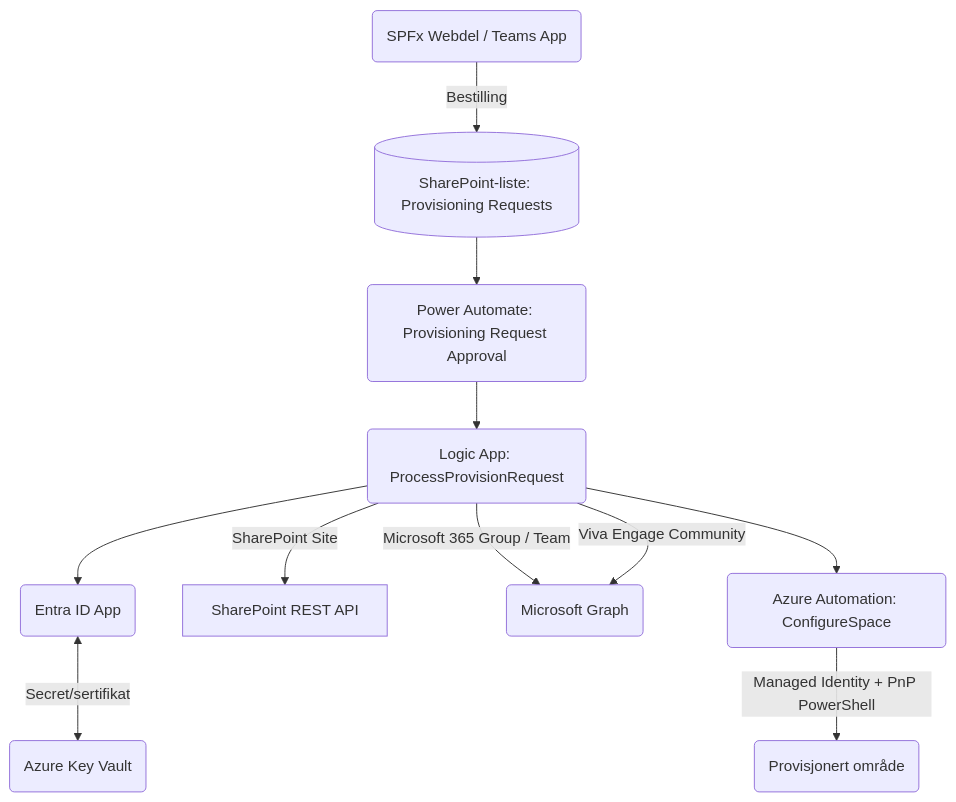
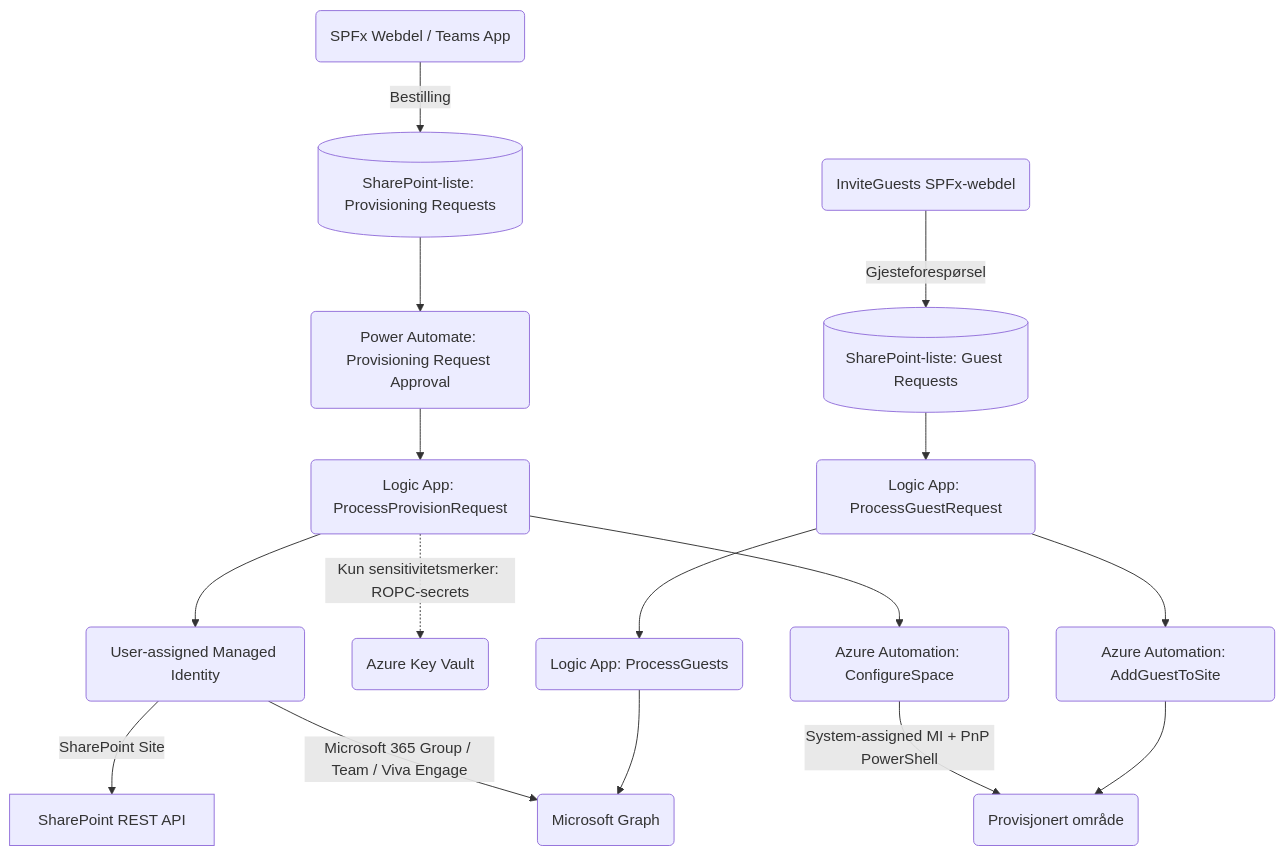
Before and after one commit to Puzzlepart/bestillingsportalen: the diagram in Teknisk-losningsbeskrivelse.md, drawn with Mermaid. The commit also changed other lines of this file, not shown here.

````diff
--- a/Teknisk-losningsbeskrivelse.md
+++ b/Teknisk-losningsbeskrivelse.md
@@ -11,13 +15,15 @@
 ``` mermaid
 graph TD
     A(SPFx Webdel / Teams App) --> |Bestilling| B[(SharePoint-liste: Provisioning Requests)]
     B --> C(Power Automate: Provisioning Request Approval)
     C --> D(Logic App: ProcessProvisionRequest)
-    D --> E(Entra ID App)
-    E <--> |Secret/sertifikat| F(Azure Key Vault)
-    D --> |SharePoint Site| H[SharePoint REST API]
-    D --> |Microsoft 365 Group / Team| I(Microsoft Graph)
-    D --> |Viva Engage Community| I
+    D --> E(User-assigned Managed Identity)
+    D -.-> |Kun sensitivitetsmerker: ROPC-secrets| F(Azure Key Vault)
+    E --> |SharePoint Site| H[SharePoint REST API]
+    E --> |Microsoft 365 Group / Team / Viva Engage| I(Microsoft Graph)
     D --> K(Azure Automation: ConfigureSpace)
-    K --> |Managed Identity + PnP PowerShell| M(Provisjonert område)
+    K --> |System-assigned MI + PnP PowerShell| M(Provisjonert område)
+    N(InviteGuests SPFx-webdel) --> |Gjesteforespørsel| O[(SharePoint-liste: Guest Requests)]
+    O --> P(Logic App: ProcessGuestRequest) --> Q(Logic App: ProcessGuests) --> I
+    P --> R(Azure Automation: AddGuestToSite) --> M
 ```
````
